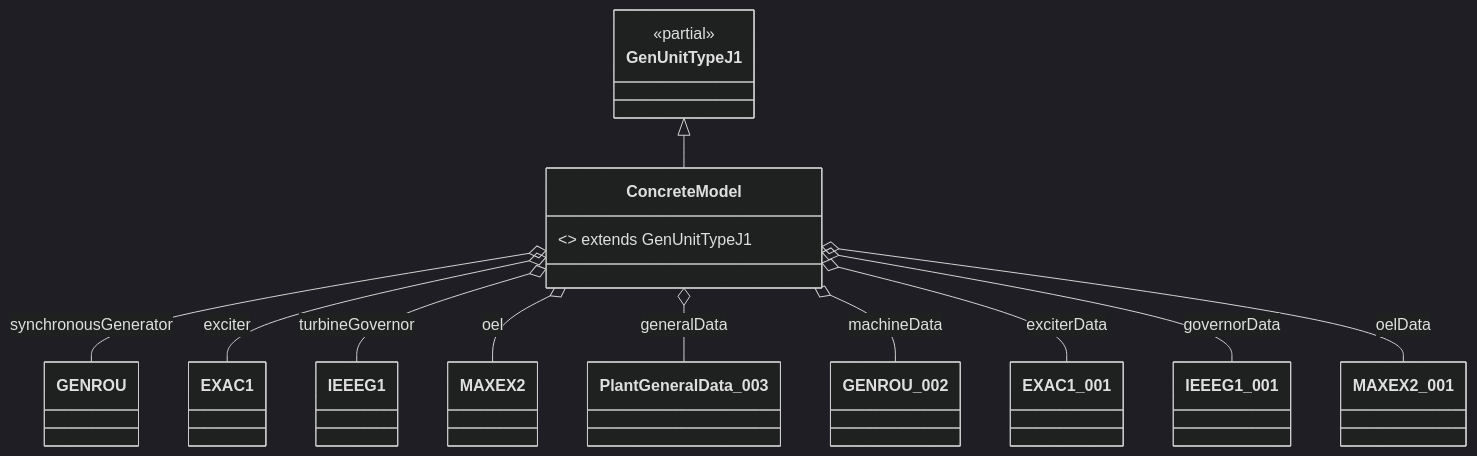
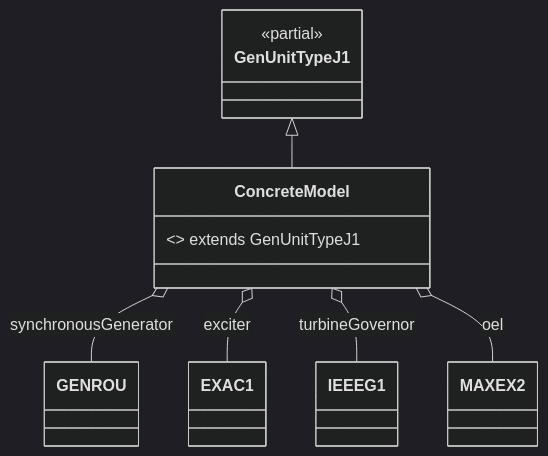
The second of 2 diagrams in modelica/OpalRT/docs/TypeJ.md (Opal-RT-Technologies/ephasorsim-modelica-library), drawn with Mermaid (dark theme) before and after one commit. The commit also changed other lines of this file and 56 other files, not shown here.

````diff
--- a/modelica/OpalRT/docs/TypeJ.md
+++ b/modelica/OpalRT/docs/TypeJ.md
@@ -83,24 +66,15 @@
 ```mermaid
 classDiagram
 class GenUnitTypeJ1 { <<partial>> }
 class ConcreteModel { <<model>> extends GenUnitTypeJ1 }
 class GENROU { }
 class EXAC1 { }
 class IEEEG1 { }
 class MAXEX2 { }
-class PlantGeneralData_003 { }
-class GENROU_002 { }
-class EXAC1_001 { }
-class IEEEG1_001 { }
-class MAXEX2_001 { }
+
 GenUnitTypeJ1 <|-- ConcreteModel
 ConcreteModel o-- GENROU : synchronousGenerator
 ConcreteModel o-- EXAC1 : exciter
 ConcreteModel o-- IEEEG1 : turbineGovernor
 ConcreteModel o-- MAXEX2 : oel
-ConcreteModel o-- PlantGeneralData_003 : generalData
-ConcreteModel o-- GENROU_002 : machineData
-ConcreteModel o-- EXAC1_001 : exciterData
-ConcreteModel o-- IEEEG1_001 : governorData
-ConcreteModel o-- MAXEX2_001 : oelData
 ```
````
